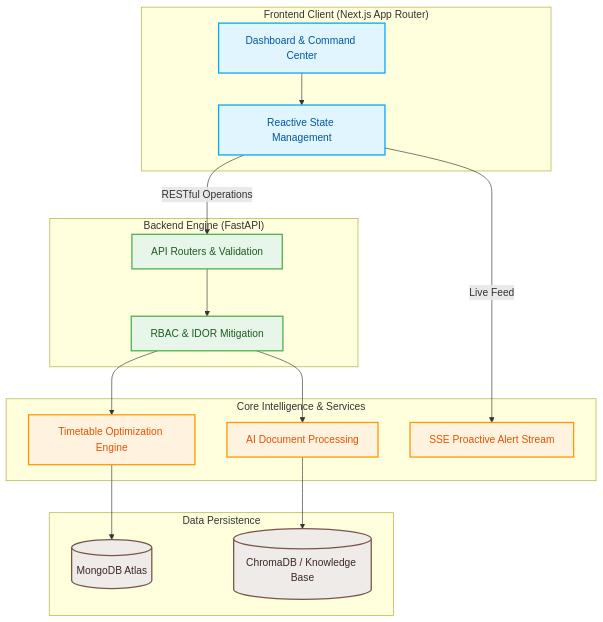
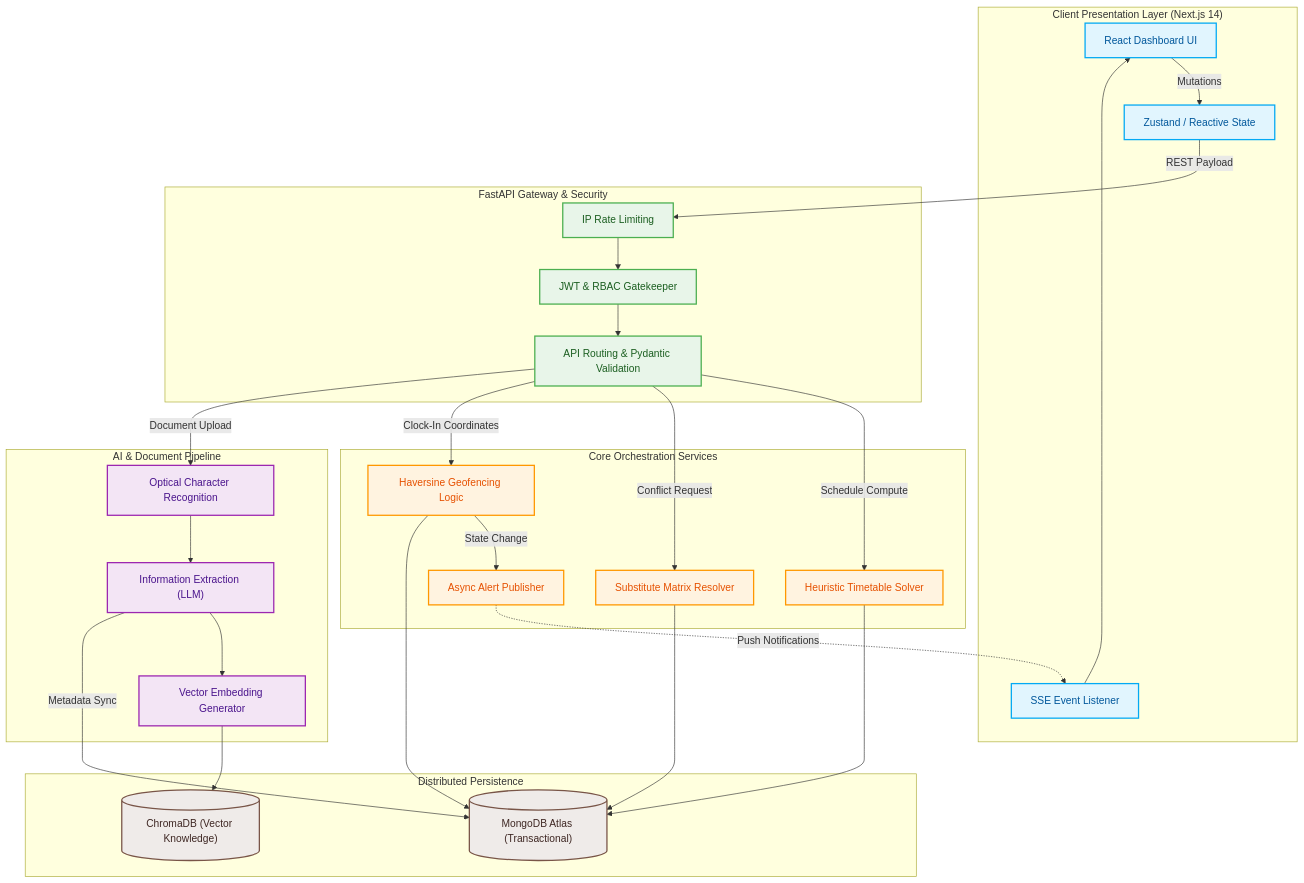
One commit to divit-w/CampusNova changed the diagram in README.md. Above: the diagram before and after it, drawn with Mermaid. The commit also changed other lines of this file, not shown here.

````diff
--- a/README.md
+++ b/README.md
@@ -85,37 +76,67 @@
 ```mermaid
 flowchart TB
-    classDef frontend fill:#e1f5fe,stroke:#03a9f4,stroke-width:2px,color:#01579b;
-    classDef backend fill:#e8f5e9,stroke:#4caf50,stroke-width:2px,color:#1b5e20;
-    classDef intelligence fill:#fff3e0,stroke:#ff9800,stroke-width:2px,color:#e65100;
-    classDef database fill:#efebe9,stroke:#795548,stroke-width:2px,color:#3e2723;
+    classDef client fill:#e1f5fe,stroke:#03a9f4,stroke-width:2px,color:#01579b;
+    classDef gateway fill:#e8f5e9,stroke:#4caf50,stroke-width:2px,color:#1b5e20;
+    classDef core fill:#fff3e0,stroke:#ff9800,stroke-width:2px,color:#e65100;
+    classDef data fill:#efebe9,stroke:#795548,stroke-width:2px,color:#3e2723;
+    classDef ml fill:#f3e5f5,stroke:#9c27b0,stroke-width:2px,color:#4a148c;
 
-    subgraph ClientSide ["Frontend Client (Next.js App Router)"]
-        UI["Dashboard & Command Center"]:::frontend
-        State["Reactive State Management"]:::frontend
+    %% Client Layer
+    subgraph Frontend ["Client Presentation Layer (Next.js 14)"]
+        UI["React Dashboard UI"]:::client
+        State["Zustand / Reactive State"]:::client
+        SSE_Client["SSE Event Listener"]:::client
     end
 
-    subgraph APIBackend ["Backend Engine (FastAPI)"]
-        Routes["API Routers & Validation"]:::backend
-        Security["RBAC & IDOR Mitigation"]:::backend
+    %% Gateway & Security Layer
+    subgraph API ["FastAPI Gateway & Security"]
+        Router["API Routing & Pydantic Validation"]:::gateway
+        Auth["JWT & RBAC Gatekeeper"]:::gateway
+        Limiter["IP Rate Limiting"]:::gateway
     end
 
-    subgraph IntelLayer ["Core Intelligence & Services"]
-        Scheduling["Timetable Optimization Engine"]:::intelligence
-        OCR["AI Document Processing"]:::intelligence
-        Alerts["SSE Proactive Alert Stream"]:::intelligence
+    %% Core Business Logic
+    subgraph Services ["Core Orchestration Services"]
+        TT_Engine["Heuristic Timetable Solver"]:::core
+        Sub_Engine["Substitute Matrix Resolver"]:::core
+        Geo_Engine["Haversine Geofencing Logic"]:::core
+        Alert_Manager["Async Alert Publisher"]:::core
     end
 
-    subgraph CloudStorage ["Data Persistence"]
-        MDB[("MongoDB Atlas")]:::database
-        Vector[("ChromaDB / Knowledge Base")]:::database
+    %% ML & Processing
+    subgraph Processing ["AI & Document Pipeline"]
+        OCR["Optical Character Recognition"]:::ml
+        NLP["Information Extraction (LLM)"]:::ml
+        Embeddings["Vector Embedding Generator"]:::ml
     end
 
-    UI --> State
-    State -->|RESTful Operations| Routes
-    State -->|Live Feed| Alerts
-    Routes --> Security
-    Security --> Scheduling
-    Security --> OCR
-    Scheduling --> MDB
-    OCR --> Vector
+    %% Persistence Layer
+    subgraph Storage ["Distributed Persistence"]
+        MongoDB[("MongoDB Atlas (Transactional)")]:::data
+        ChromaDB[("ChromaDB (Vector Knowledge)")]:::data
+    end
+
+    %% Flow Dynamics
+    UI -->|Mutations| State
+    State -->|REST Payload| Limiter
+    Limiter --> Auth
+    Auth --> Router
+
+    Router -->|Schedule Compute| TT_Engine
+    Router -->|Conflict Request| Sub_Engine
+    Router -->|Clock-In Coordinates| Geo_Engine
+    Router -->|Document Upload| OCR
+
+    TT_Engine --> MongoDB
+    Sub_Engine --> MongoDB
+    Geo_Engine -->|State Change| Alert_Manager
+    Geo_Engine --> MongoDB
+
+    OCR --> NLP
+    NLP --> Embeddings
+    Embeddings --> ChromaDB
+    NLP -->|Metadata Sync| MongoDB
+
+    Alert_Manager -.->|Push Notifications| SSE_Client
+    SSE_Client --> UI
 ```
````
